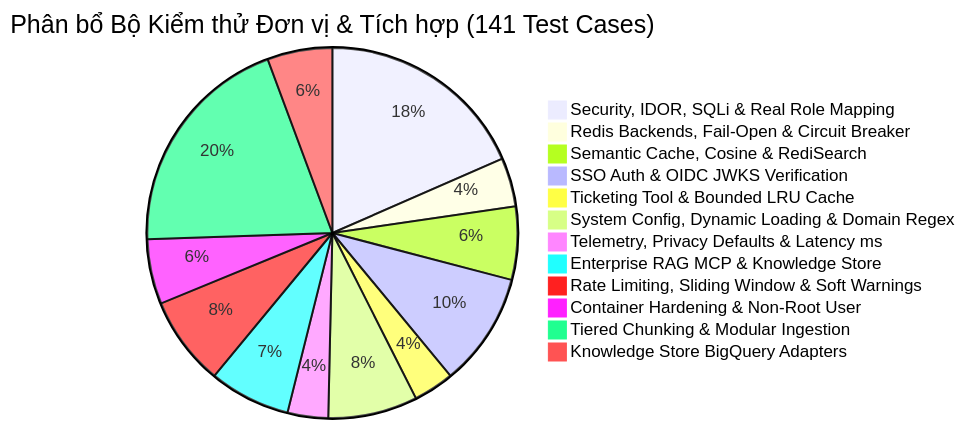
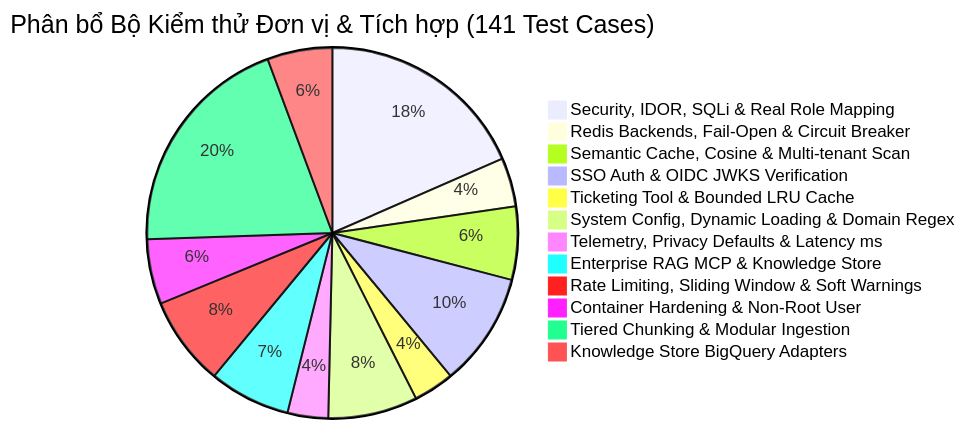
The seventh of 7 diagrams in Technical_Specification.md (TrongDucLuu/enterprise-multi-agent-platform), drawn with Mermaid before and after one commit. The commit also changed other lines of this file and 15 other files, not shown here.

````diff
--- a/Technical_Specification.md
+++ b/Technical_Specification.md
@@ -635,15 +631,15 @@
 ```mermaid
 pie title Phân bổ Bộ Kiểm thử Đơn vị & Tích hợp (141 Test Cases)
     "Security, IDOR, SQLi & Real Role Mapping" : 26
     "Redis Backends, Fail-Open & Circuit Breaker" : 6
-    "Semantic Cache, Cosine & RediSearch" : 9
+    "Semantic Cache, Cosine & Multi-tenant Scan" : 9
     "SSO Auth & OIDC JWKS Verification" : 14
     "Ticketing Tool & Bounded LRU Cache" : 5
     "System Config, Dynamic Loading & Domain Regex" : 11
     "Telemetry, Privacy Defaults & Latency ms" : 5
     "Enterprise RAG MCP & Knowledge Store" : 10
     "Rate Limiting, Sliding Window & Soft Warnings" : 11
     "Container Hardening & Non-Root User" : 8
     "Tiered Chunking & Modular Ingestion" : 28
     "Knowledge Store BigQuery Adapters" : 8
 ```
````
